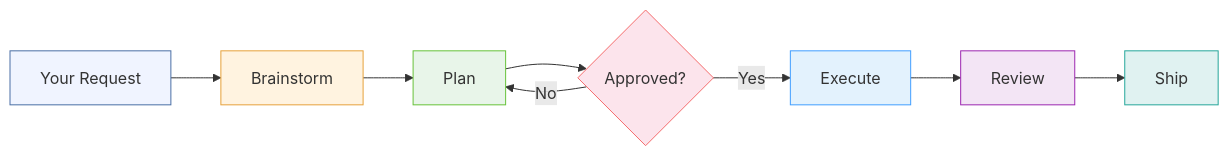
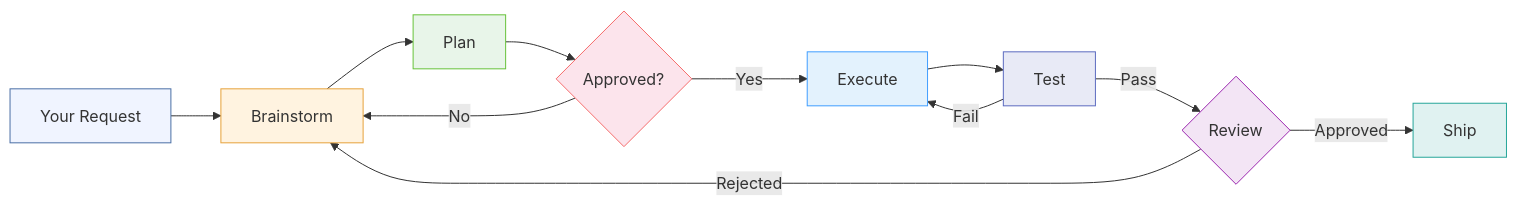
One commit to DerianAndre/aidd.md changed the first of 3 diagrams in WORKFLOW.md. Above: the diagram before and after it, drawn with Mermaid. The commit also changed other lines of this file and 3 other files, not shown here.

````diff
--- a/WORKFLOW.md
+++ b/WORKFLOW.md
@@ -34,18 +34,22 @@
 ```mermaid
 flowchart LR
     A[Your Request] --> B[Brainstorm]
     B --> C[Plan]
     C --> D{Approved?}
     D -- Yes --> E[Execute]
-    D -- No --> C
-    E --> F[Review]
-    F --> G[Ship]
+    D -- No --> B
+    E --> F[Test]
+    F -- Fail --> E
+    F -- Pass --> G{Review}
+    G -- Approved --> H[Ship]
+    G -- Rejected --> B
 
     style A fill:#f0f4ff,stroke:#4a6fa5
     style B fill:#fff3e0,stroke:#e6a23c
     style C fill:#e8f5e9,stroke:#67c23a
     style D fill:#fce4ec,stroke:#f56c6c
     style E fill:#e3f2fd,stroke:#409eff
-    style F fill:#f3e5f5,stroke:#9c27b0
-    style G fill:#e0f2f1,stroke:#26a69a
+    style F fill:#e8eaf6,stroke:#5c6bc0
+    style G fill:#f3e5f5,stroke:#9c27b0
+    style H fill:#e0f2f1,stroke:#26a69a
 ```
````
